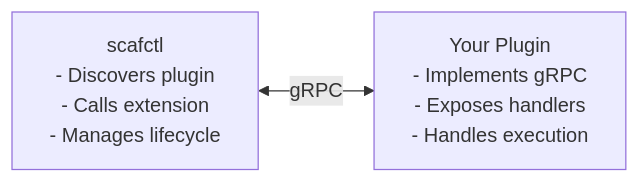
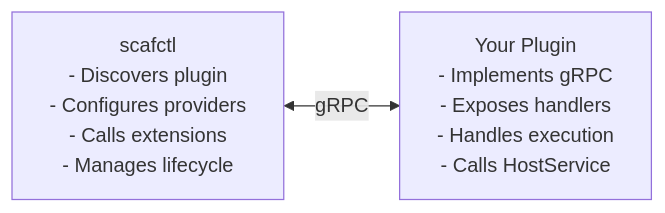
Before and after one commit to oakwood-commons/scafctl: the diagram in docs/tutorials/plugin-development.md, drawn with Mermaid. The commit also changed other lines of this file and 45 other files, not shown here.

````diff
--- a/docs/tutorials/plugin-development.md
+++ b/docs/tutorials/plugin-development.md
@@ -24,4 +24,4 @@
 ```mermaid
 flowchart LR
-  A["scafctl<br/>- Discovers plugin<br/>- Calls extension<br/>- Manages lifecycle"] <-- "gRPC" --> B["Your Plugin<br/>- Implements gRPC<br/>- Exposes handlers<br/>- Handles execution"]
+  A["scafctl<br/>- Discovers plugin<br/>- Configures providers<br/>- Calls extensions<br/>- Manages lifecycle"] <-- "gRPC" --> B["Your Plugin<br/>- Implements gRPC<br/>- Exposes handlers<br/>- Handles execution<br/>- Calls HostService"]
 ```
````
